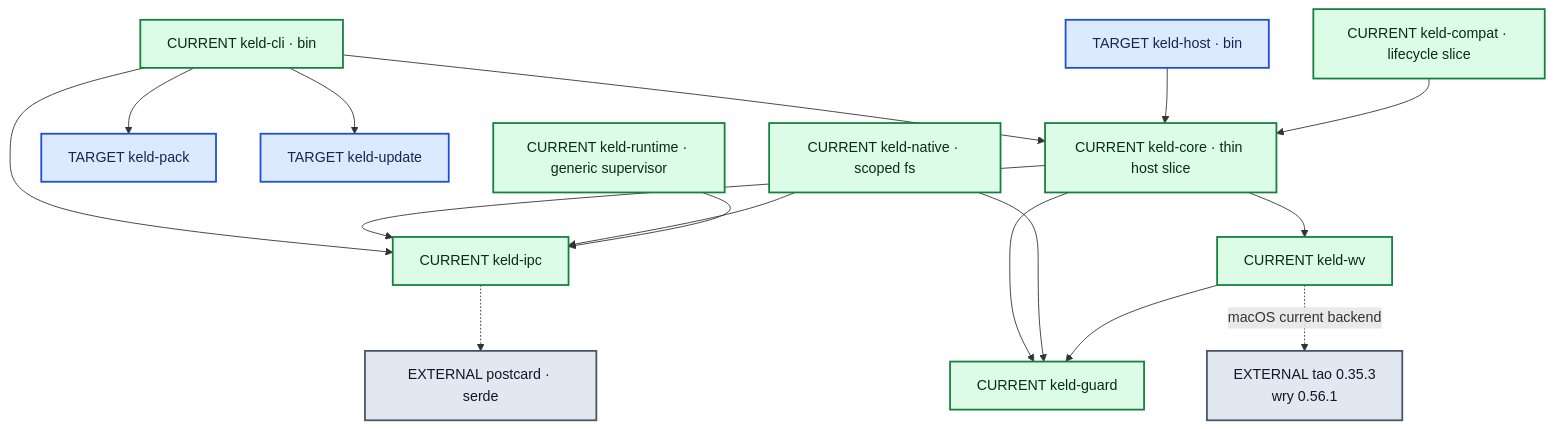
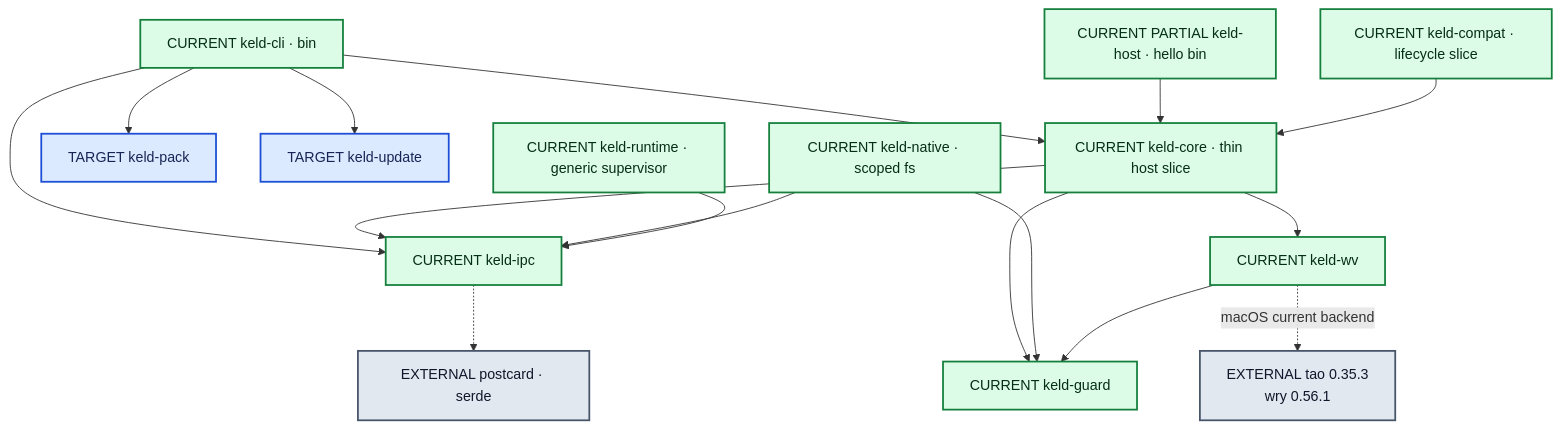
One commit to gyldlab/keld changed the third of 3 diagrams in docs/onboarding/02-architecture-guide.md. Above: the diagram before and after it, drawn with Mermaid. The commit also changed 10 other files, not shown here.

Commit message:
fix(ci): harden Mermaid gate verification

````diff
--- a/docs/onboarding/02-architecture-guide.md
+++ b/docs/onboarding/02-architecture-guide.md
@@ -323,35 +323,35 @@
 ```mermaid
 flowchart TD
     accTitle: Current Keld crate dependency graph
     accDescr {
       The diagram shows current declared workspace dependencies. Green current nodes
       have live behavior, blue target nodes remain skeletons or are not yet reached by
       the host; the graph is an onboarding map, not a product-completeness claim.
     }
 
     cli["CURRENT keld-cli · bin"] --> core
     cli --> ipc
     cli --> pack["TARGET keld-pack"]
     cli --> update["TARGET keld-update"]
-    host["TARGET keld-host · bin"] --> core
+    host["CURRENT PARTIAL keld-host · hello bin"] --> core
     compat["CURRENT keld-compat · lifecycle slice"] --> core
     core["CURRENT keld-core · thin host slice"] --> ipc["CURRENT keld-ipc"]
     core --> guard["CURRENT keld-guard"]
     core --> wv["CURRENT keld-wv"]
     native["CURRENT keld-native · scoped fs"] --> guard
     native --> ipc
     runtime["CURRENT keld-runtime · generic supervisor"] --> ipc
     wv --> guard
     wv -.->|macOS current backend| ext["EXTERNAL tao 0.35.3<br/>wry 0.56.1"]
     ipc -.-> pc["EXTERNAL postcard · serde"]
 
     classDef current fill:#dcfce7,stroke:#15803d,color:#052e16,stroke-width:2px
     classDef target fill:#dbeafe,stroke:#1d4ed8,color:#172554,stroke-width:2px
     classDef showcase fill:#f3e8ff,stroke:#7e22ce,color:#3b0764,stroke-width:2px,stroke-dasharray:5 3
     classDef gate fill:#fef3c7,stroke:#b45309,color:#451a03,stroke-width:2px
     classDef external fill:#e2e8f0,stroke:#475569,color:#0f172a,stroke-width:2px
     classDef denied fill:#fee2e2,stroke:#b91c1c,color:#450a0a,stroke-width:2px
-    class cli,compat,core,ipc,guard,wv,native,runtime current
-    class pack,update,host target
+    class cli,compat,core,ipc,guard,wv,native,runtime,host current
+    class pack,update target
     class ext,pc external
 ```
````
